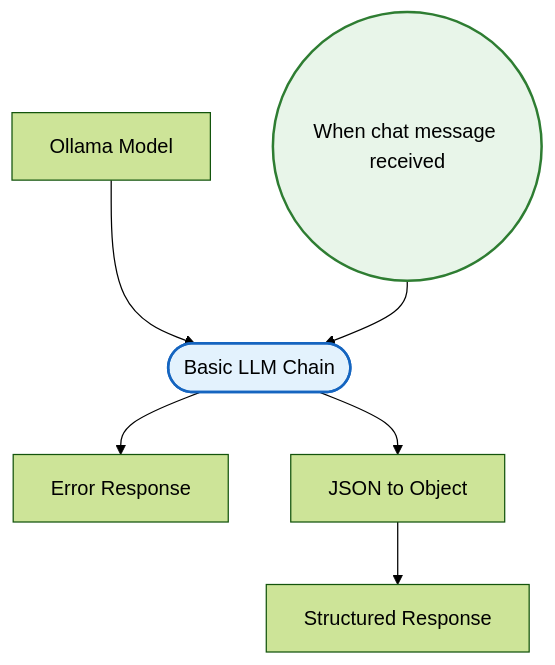
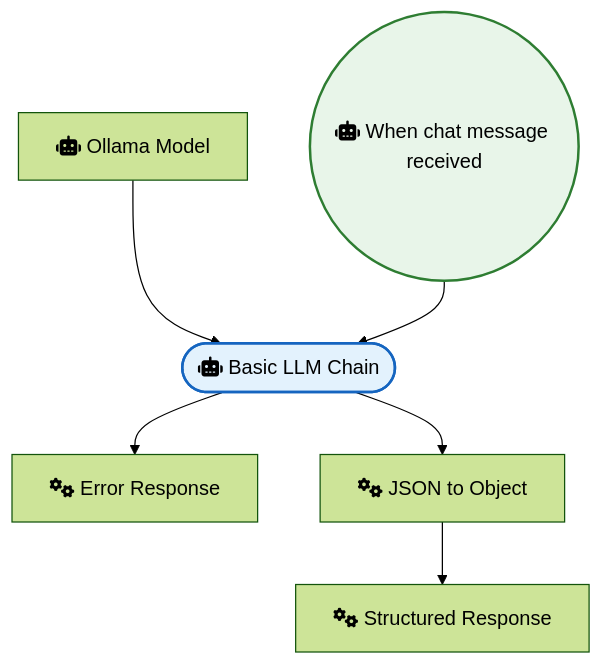
One commit to sreyash3105/N8N-DEMO-AUTOMATIONS changed the diagram in OpenAI_and_LLMs/Ollama Chat.md. Above: the diagram before and after it, drawn with Mermaid (forest theme). The commit also changed 291 other files, not shown here.

````diff
--- a/OpenAI_and_LLMs/Ollama Chat.md
+++ b/OpenAI_and_LLMs/Ollama Chat.md
@@ -1,19 +1,19 @@
 ```mermaid
 graph TD
     classDef trigger fill:#e8f5e9,stroke:#2e7d32,stroke-width:2px;
     classDef ai fill:#e3f2fd,stroke:#1565c0,stroke-width:2px;
     classDef logic fill:#fff3e0,stroke:#ef6c00,stroke-width:2px;
 
-    When_chat_message_received(("When chat message received")):::trigger
-    Basic_LLM_Chain(["Basic LLM Chain"]):::ai
-    Ollama_Model["Ollama Model"]
-    Structured_Response["Structured Response"]
-    Error_Response["Error Response"]
-    JSON_to_Object["JSON to Object"]
+    When_chat_message_received(("fas:fa-robot When chat message received")):::trigger
+    Basic_LLM_Chain(["fas:fa-robot Basic LLM Chain"]):::ai
+    Ollama_Model["fas:fa-robot Ollama Model"]
+    Structured_Response["fas:fa-cogs Structured Response"]
+    Error_Response["fas:fa-cogs Error Response"]
+    JSON_to_Object["fas:fa-cogs JSON to Object"]
 
     Ollama_Model --> Basic_LLM_Chain
     JSON_to_Object --> Structured_Response
     Basic_LLM_Chain --> JSON_to_Object
     Basic_LLM_Chain --> Error_Response
     When_chat_message_received --> Basic_LLM_Chain
 ```
````
